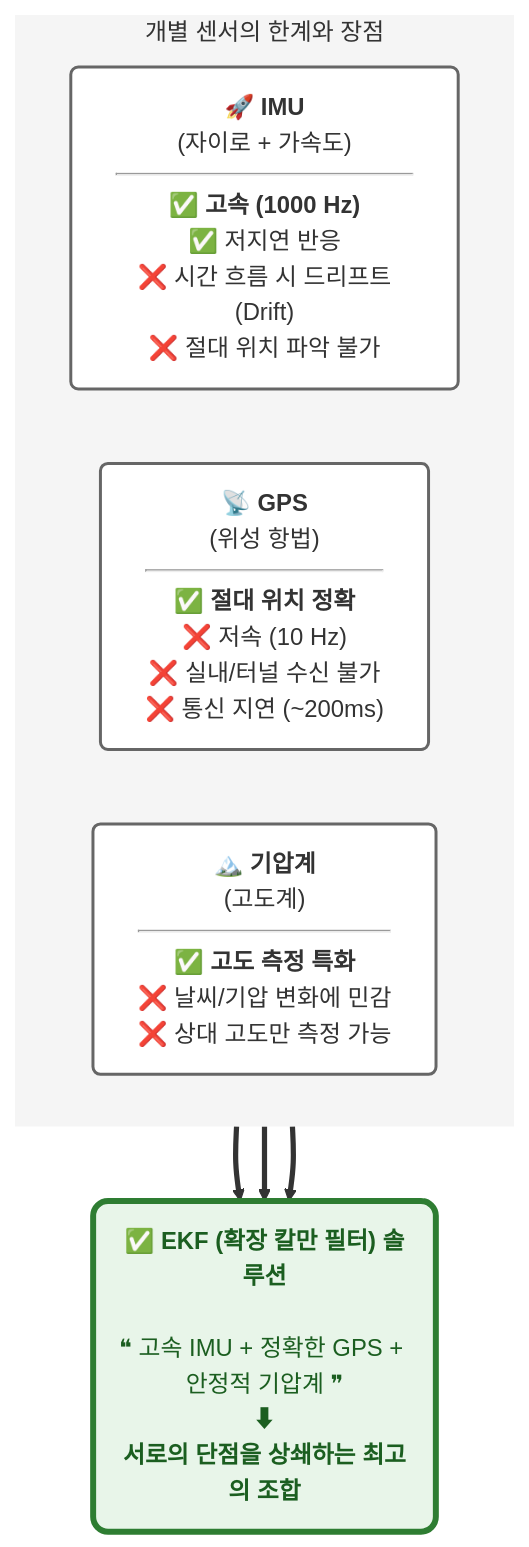
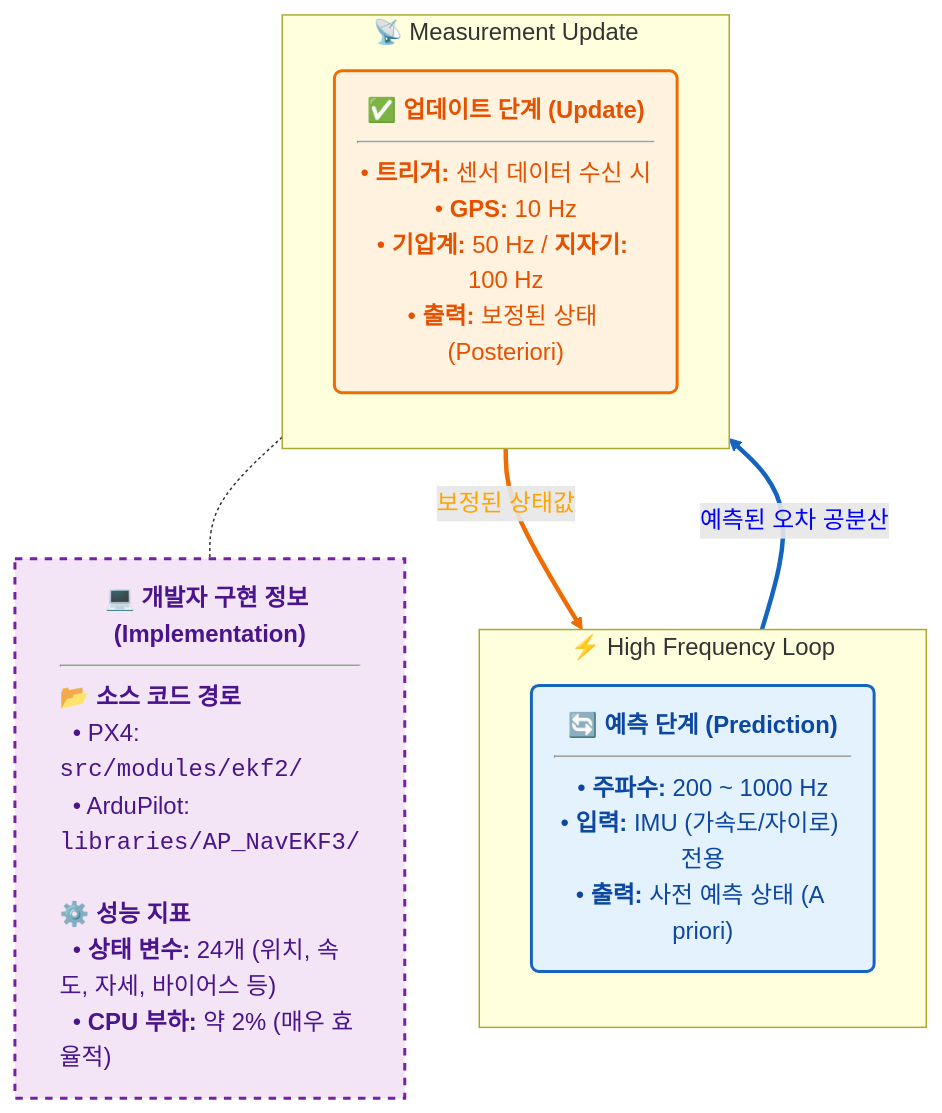
One commit to Donggeon2960/UAV-study changed the diagram in 다이아그램.md. Above: the diagram before and after it, drawn with Mermaid.

````diff
--- a/다이아그램.md
+++ b/다이아그램.md
@@ -1,36 +1,34 @@
 ```mermaid
-
 
 graph TD
     %% --- 스타일 정의 ---
-    classDef cardNode fill:#ffffff,stroke:#666,stroke-width:2px,rx:5,ry:5,color:#333,text-align:left;
-    classDef solutionNode fill:#e8f5e9,stroke:#2e7d32,stroke-width:4px,rx:10,ry:10,color:#1b5e20;
+    classDef predNode fill:#e3f2fd,stroke:#1565c0,stroke-width:2px,color:#0d47a1,rx:5,ry:5;
+    classDef updateNode fill:#fff3e0,stroke:#ef6c00,stroke-width:2px,color:#e65100,rx:5,ry:5;
+    classDef specNode fill:#f3e5f5,stroke:#7b1fa2,stroke-width:2px,stroke-dasharray: 5 5,color:#4a148c;
+
+    %% --- 1. 예측 단계 (High Frequency) ---
+    subgraph Fast_Loop [⚡ High Frequency Loop]
+        direction TB
+        PRED("<b>🔄 예측 단계 (Prediction)</b><hr/>• <b>주파수:</b> 200 ~ 1000 Hz<br/>• <b>입력:</b> IMU (가속도/자이로) 전용<br/>• <b>출력:</b> 사전 예측 상태 (A priori)"):::predNode
+    end
+
+    %% --- 2. 업데이트 단계 (Lower Frequency) ---
+    subgraph Event_Loop [📡 Measurement Update]
+        direction TB
+        UPDATE("<b>✅ 업데이트 단계 (Update)</b><hr/>• <b>트리거:</b> 센서 데이터 수신 시<br/>• <b>GPS:</b> 10 Hz<br/>• <b>기압계:</b> 50 Hz / <b>지자기:</b> 100 Hz<br/>• <b>출력:</b> 보정된 상태 (Posteriori)"):::updateNode
+    end
+
+    %% --- 3. 구현 스펙 (System Specs) ---
+    SPEC["<b>💻 개발자 구현 정보 (Implementation)</b><hr/><div style='text-align:left'><b>📂 소스 코드 경로</b><br/>&nbsp;&nbsp;• PX4: <code>src/modules/ekf2/</code><br/>&nbsp;&nbsp;• ArduPilot: <code>libraries/AP_NavEKF3/</code><br/><br/><b>⚙️ 성능 지표</b><br/>&nbsp;&nbsp;• <b>상태 변수:</b> 24개 (위치, 속도, 자세, 바이어스 등)<br/>&nbsp;&nbsp;• <b>CPU 부하:</b> 약 2% (매우 효율적)</div>"]:::specNode
+
+    %% --- 데이터 흐름 연결 ---
+    PRED ==>|예측된 오차 공분산| UPDATE
+    UPDATE ==>|보정된 상태값| PRED
     
-    %% --- 센서 1: IMU ---
-    IMU["<div style='text-align:center'><b>🚀 IMU</b><br/>(자이로 + 가속도)</div><hr/>✅ <b>고속 (1000 Hz)</b><br/>✅ 저지연 반응<br/><span style='color:red'>❌ 시간 흐름 시 드리프트(Drift)</span><br/><span style='color:red'>❌ 절대 위치 파악 불가</span>"]:::cardNode
+    %% --- 스펙 정보 연결 (시각적 배치용) ---
+    UPDATE -.- SPEC
 
-    %% --- 센서 2: GPS ---
-    GPS["<div style='text-align:center'><b>📡 GPS</b><br/>(위성 항법)</div><hr/>✅ <b>절대 위치 정확</b><br/><span style='color:red'>❌ 저속 (10 Hz)</span><br/><span style='color:red'>❌ 실내/터널 수신 불가</span><br/><span style='color:red'>❌ 통신 지연 (~200ms)</span>"]:::cardNode
-
-    %% --- 센서 3: 기압계 ---
-    BARO["<div style='text-align:center'><b>🏔️ 기압계</b><br/>(고도계)</div><hr/>✅ <b>고도 측정 특화</b><br/><span style='color:red'>❌ 날씨/기압 변화에 민감</span><br/><span style='color:red'>❌ 상대 고도만 측정 가능</span>"]:::cardNode
-
-    %% --- 해결책: EKF ---
-    EKF("<b>✅ EKF (확장 칼만 필터) 솔루션</b><br/><br/>❝ 고속 IMU + 정확한 GPS + 안정적 기압계 ❞<br/>⬇<br/><b>서로의 단점을 상쇄하는 최고의 조합</b>"):::solutionNode
-
-    %% --- 연결선 ---
-    IMU ==> EKF
-    GPS ==> EKF
-    BARO ==> EKF
-
-    %% --- 배경 그룹 (선택사항) ---
-    subgraph Inputs [개별 센서의 한계와 장점]
-        direction LR
-        IMU
-        GPS
-        BARO
-    end
-    
-    style Inputs fill:#f5f5f5,stroke:none
-
+    %% --- 주석: 루프 설명 ---
+    linkStyle 0 stroke:#1565c0,stroke-width:3px,color:blue;
+    linkStyle 1 stroke:#ef6c00,stroke-width:3px,color:orange;
 ```
````
